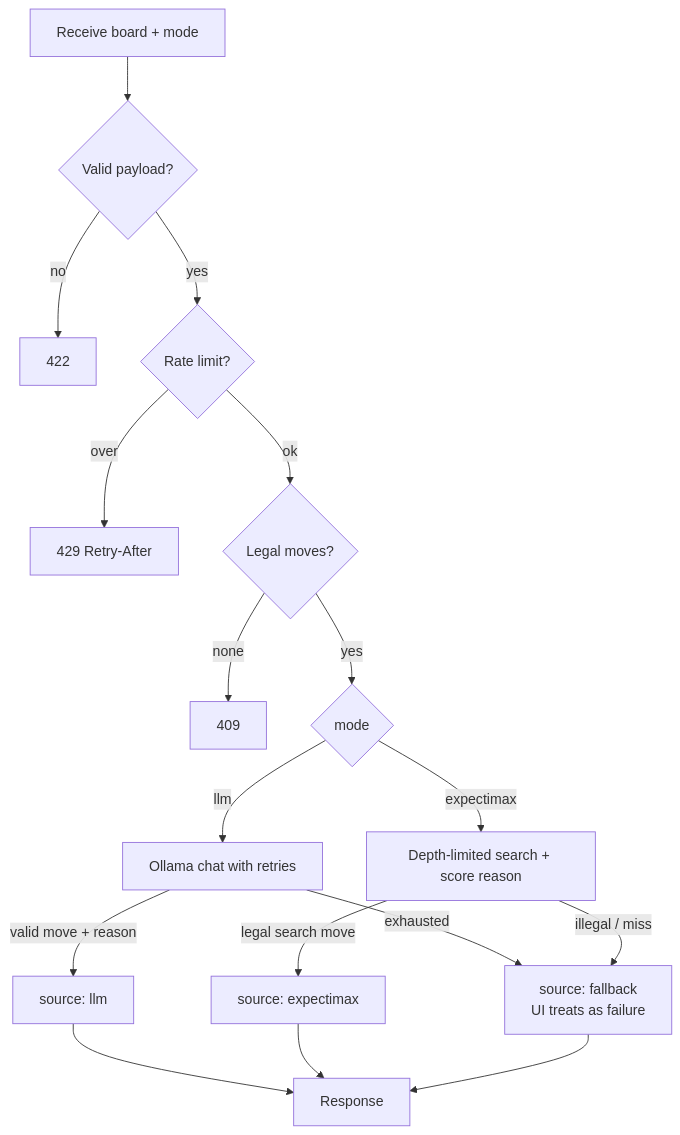
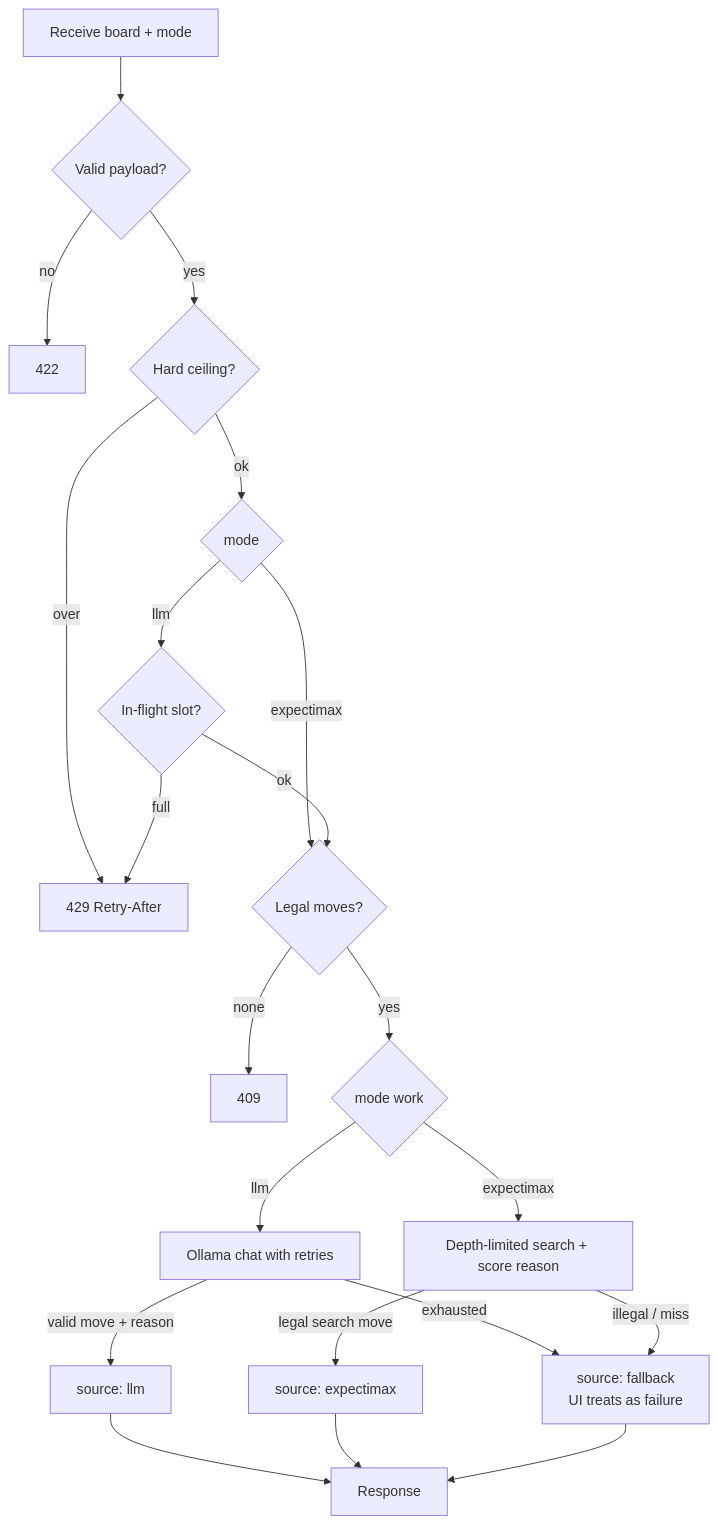
Before and after one commit to christycty/game-2048: the second of 3 diagrams in docs/architecture.md, drawn with Mermaid. The commit also changed 3 other files, not shown here.

First line of the commit message:
Harden LLM in-flight release and make capacity coverage deterministic.

````diff
--- a/docs/architecture.md
+++ b/docs/architecture.md
@@ -27,19 +27,23 @@
 ```mermaid
 flowchart TD
   A[Receive board + mode] --> V{Valid payload?}
   V -->|no| U[422]
-  V -->|yes| R{Rate limit?}
+  V -->|yes| R{Hard ceiling?}
   R -->|over| T[429 Retry-After]
-  R -->|ok| B{Legal moves?}
+  R -->|ok| M{mode}
+  M -->|expectimax| B{Legal moves?}
+  M -->|llm| Cap{In-flight slot?}
+  Cap -->|full| T
+  Cap -->|ok| B
   B -->|none| C[409]
-  B -->|yes| D{mode}
+  B -->|yes| D{mode work}
   D -->|expectimax| E[Depth-limited search + score reason]
   D -->|llm| F[Ollama chat with retries]
   F -->|valid move + reason| G[source: llm]
   F -->|exhausted| H[source: fallback<br/>UI treats as failure]
   E -->|legal search move| I[source: expectimax]
   E -->|illegal / miss| H
   G --> J[Response]
   I --> J
   H --> J
 ```
````
